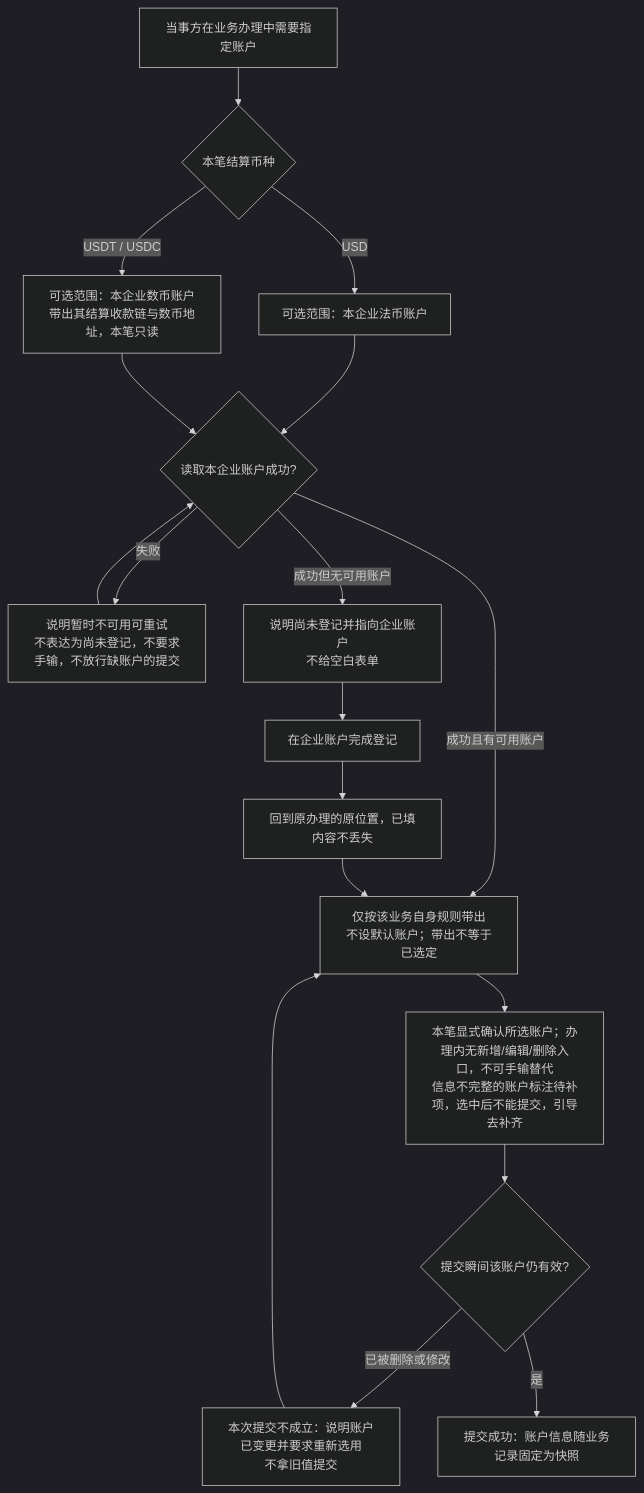
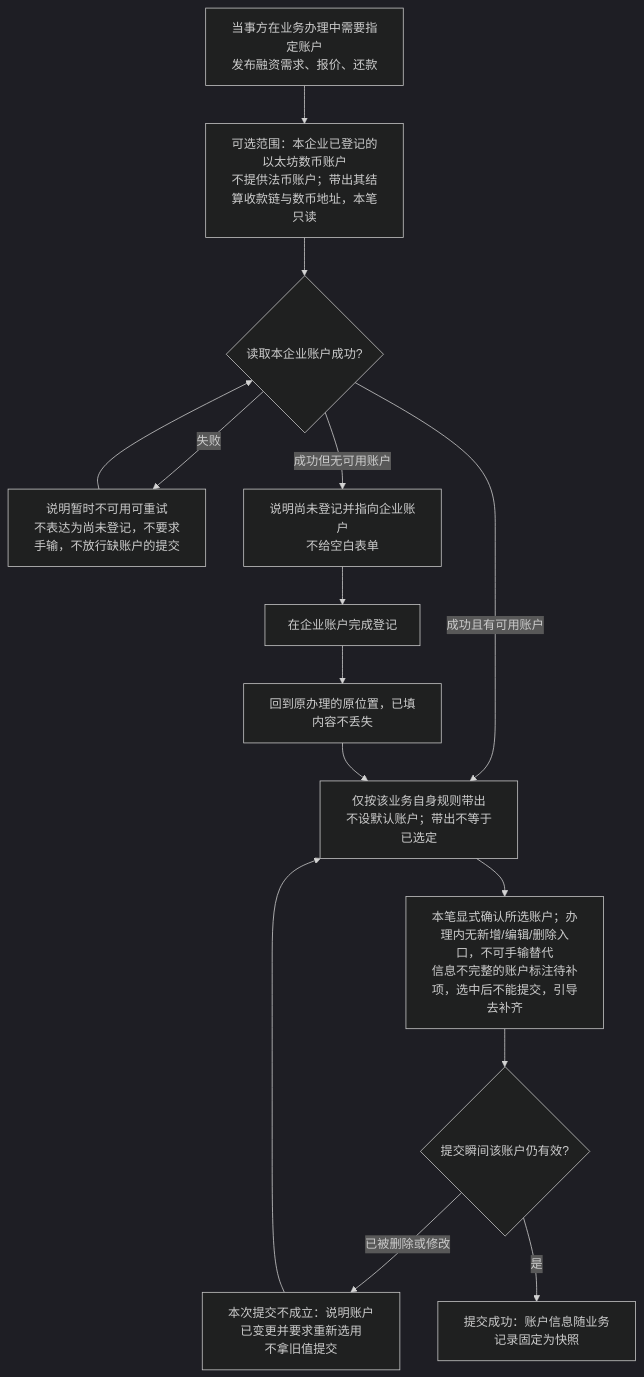
One commit to wxblockchain/Chain-Financing changed the fifth of 7 diagrams in lending-platform/PRD/面客端/03-企业账户/02-企业账户-流程图与状态机.md. Above: the diagram before and after it, drawn with Mermaid (dark theme). The commit also changed other lines of this file and 49 other files, not shown here.

````diff
--- a/lending-platform/PRD/面客端/03-企业账户/02-企业账户-流程图与状态机.md
+++ b/lending-platform/PRD/面客端/03-企业账户/02-企业账户-流程图与状态机.md
@@ -123,20 +123,17 @@
 ```mermaid
 flowchart TD
-    A[当事方在业务办理中需要指定账户] --> B{本笔结算币种}
-    B -->|USD| C[可选范围：本企业法币账户]
-    B -->|USDT / USDC| D[可选范围：本企业数币账户<br/>带出其结算收款链与数币地址，本笔只读]
-    C --> E{读取本企业账户成功?}
-    D --> E
+    A[当事方在业务办理中需要指定账户<br/>发布融资需求、报价、还款] --> D[可选范围：本企业已登记的以太坊数币账户<br/>不提供法币账户；带出其结算收款链与数币地址，本笔只读]
+    D --> E{读取本企业账户成功?}
     E -->|失败| F[说明暂时不可用可重试<br/>不表达为尚未登记，不要求手输，不放行缺账户的提交]
     F --> E
     E -->|成功但无可用账户| G[说明尚未登记并指向企业账户<br/>不给空白表单]
     G --> H[在企业账户完成登记]
     H --> I[回到原办理的原位置，已填内容不丢失]
     E -->|成功且有可用账户| J[仅按该业务自身规则带出<br/>不设默认账户；带出不等于已选定]
     I --> J
     J --> K[本笔显式确认所选账户；办理内无新增/编辑/删除入口，不可手输替代<br/>信息不完整的账户标注待补项，选中后不能提交，引导去补齐]
     K --> L{提交瞬间该账户仍有效?}
     L -->|已被删除或修改| M[本次提交不成立：说明账户已变更并要求重新选用<br/>不拿旧值提交]
     M --> J
     L -->|是| N[提交成功：账户信息随业务记录固定为快照]
 ```
````
